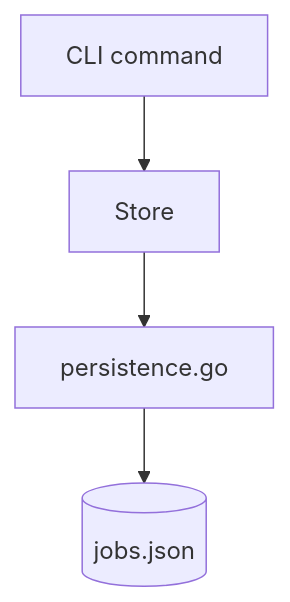
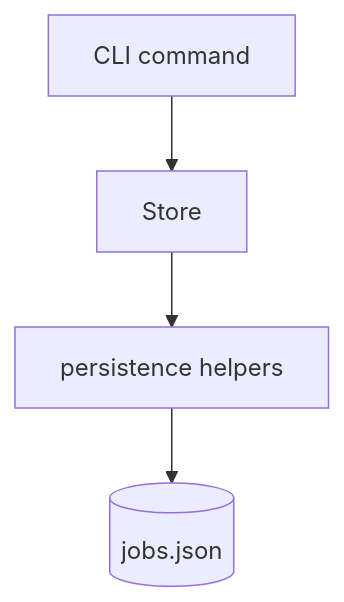
One commit to Kaushik-2005/GoFlow changed the seventh of 13 diagrams in docs/design.md. Above: the diagram before and after it, drawn with Mermaid. The commit also changed other lines of this file and 13 other files, not shown here.

````diff
--- a/docs/design.md
+++ b/docs/design.md
@@ -361,6 +125,6 @@
 ```mermaid
 flowchart TD
-    CLI[CLI command] --> Store[Store]
-    Store --> Persistence[persistence.go]
+    CLI[CLI command] --> Core[Store]
+    Core --> Persistence[persistence helpers]
     Persistence --> JSON[(jobs.json)]
 ```
````
